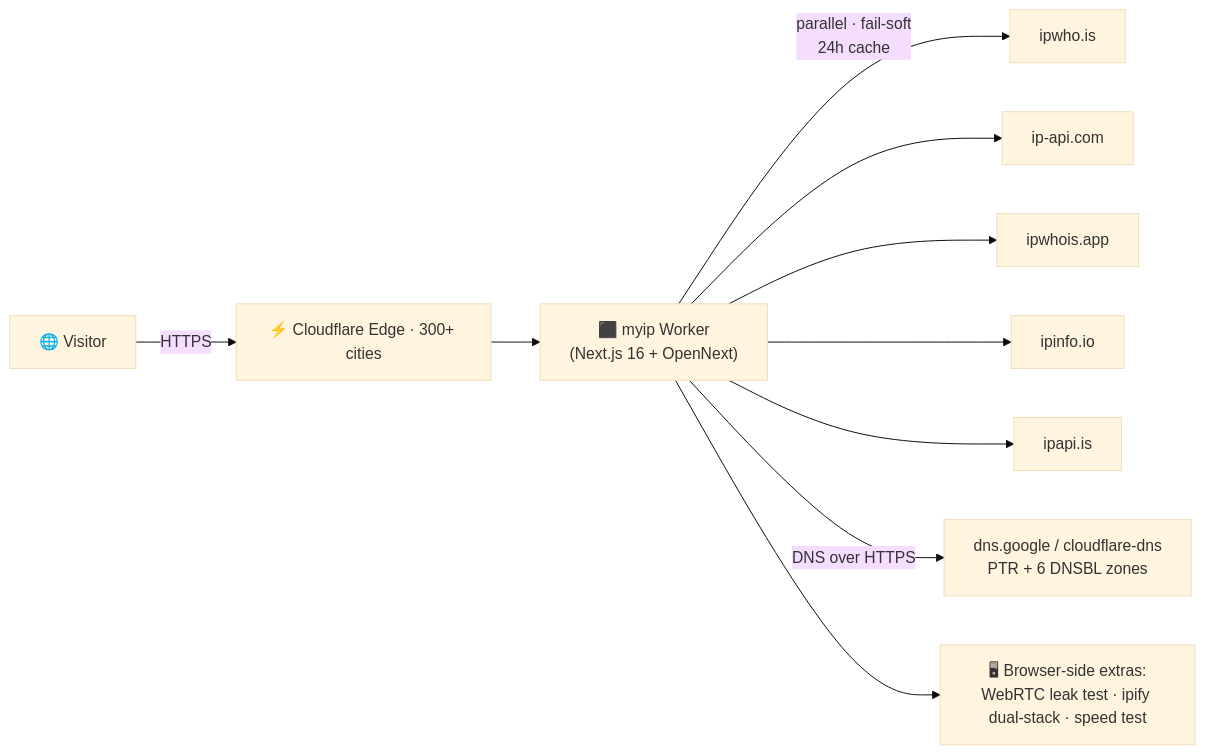
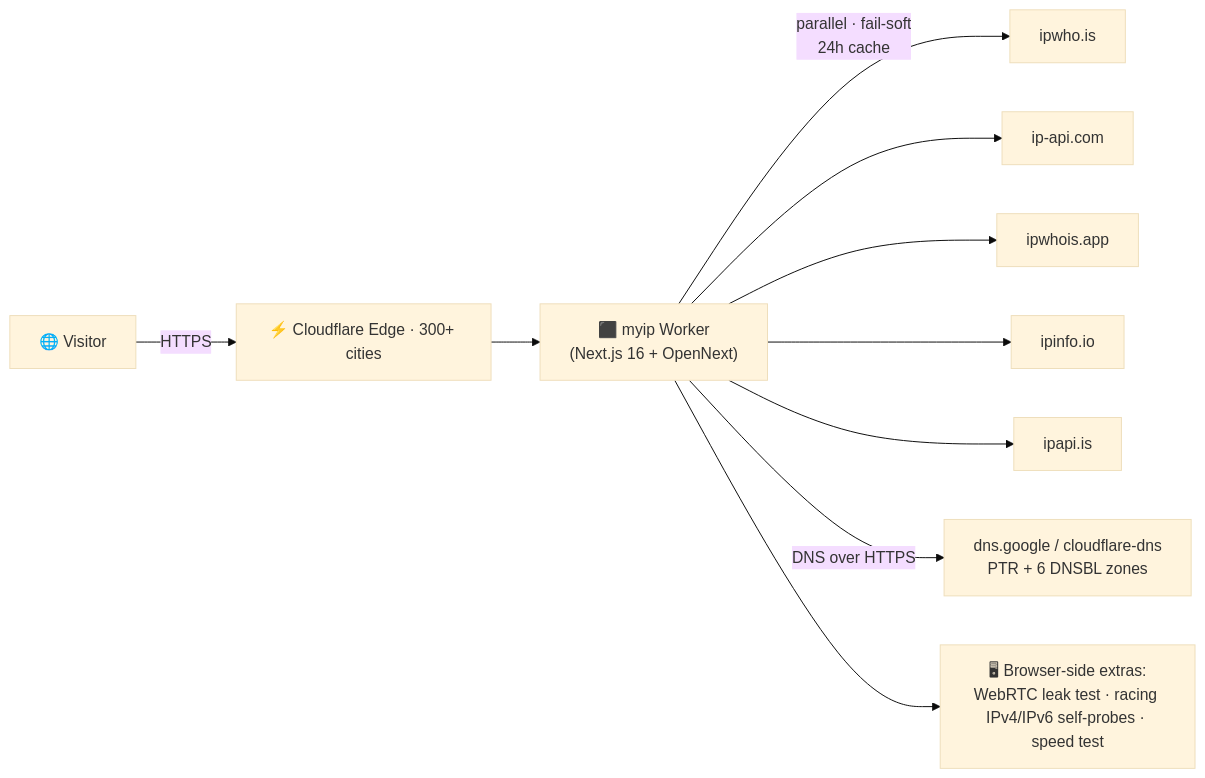
Before and after one commit to NarimanKhaleghi/myip: the diagram in download/myip/README.md, drawn with Mermaid (base theme). The commit also changed other lines of this file and 35 other files, not shown here.

````diff
--- a/download/myip/README.md
+++ b/download/myip/README.md
@@ -254,12 +254,12 @@
 ```mermaid
 flowchart LR
     V["🌐 Visitor"] -->|"HTTPS"| CF["⚡ Cloudflare Edge · 300+ cities"]
     CF --> W["⬛ myip Worker<br/>(Next.js 16 + OpenNext)"]
     W -->|"parallel · fail-soft<br/>24h cache"| S1["ipwho.is"]
     W --> S2["ip-api.com"]
     W --> S3["ipwhois.app"]
     W --> S4["ipinfo.io"]
     W --> S5["ipapi.is"]
     W -->|"DNS over HTTPS"| DOH["dns.google / cloudflare-dns<br/>PTR + 6 DNSBL zones"]
-    W --> B["🖥 Browser-side extras:<br/>WebRTC leak test · ipify dual-stack · speed test"]
+    W --> B["🖥 Browser-side extras:<br/>WebRTC leak test · racing IPv4/IPv6 self-probes · speed test"]
 ```
````
